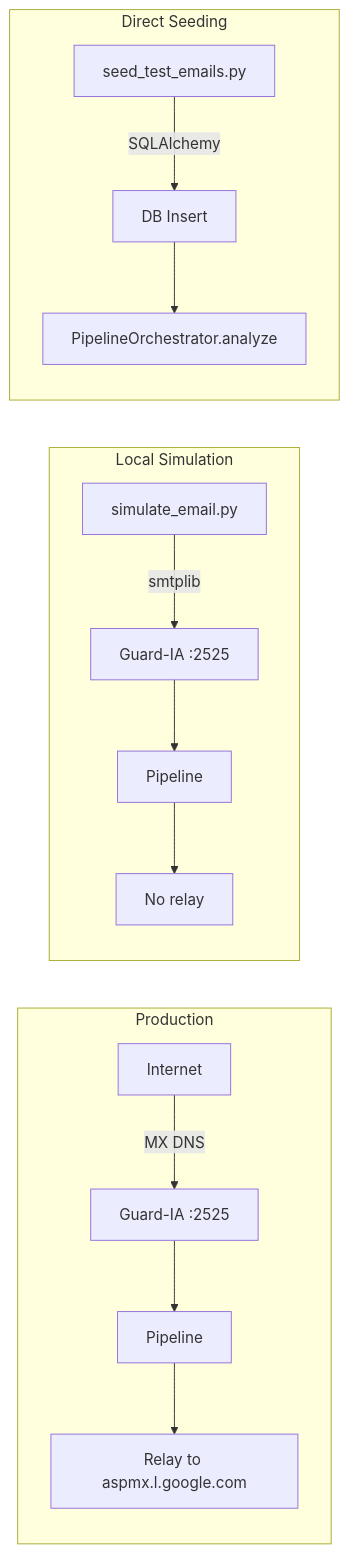
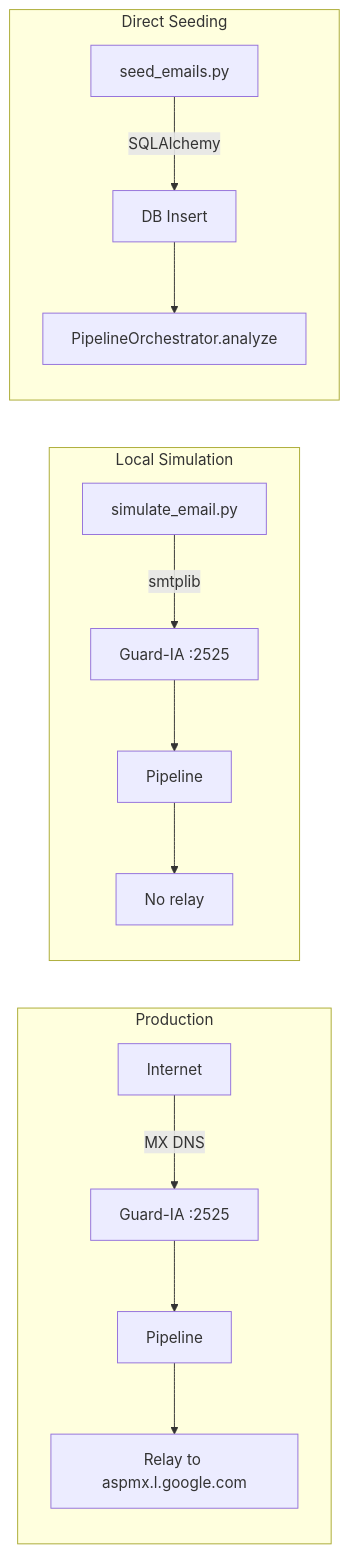
Before and after one commit to sogliano/guardia: the seventh of 7 diagrams in docs/ARCHITECTURE.md, drawn with Mermaid. The commit also changed other lines of this file and 96 other files, not shown here.

````diff
--- a/docs/ARCHITECTURE.md
+++ b/docs/ARCHITECTURE.md
@@ -747,19 +765,19 @@
 ```mermaid
 graph LR
     subgraph Production
         I1["Internet"] -->|MX DNS| GW1["Guard-IA :2525"]
         GW1 --> P1["Pipeline"]
         P1 --> R1["Relay to aspmx.l.google.com"]
     end
 
     subgraph Local["Local Simulation"]
         SIM["simulate_email.py"] -->|smtplib| GW2["Guard-IA :2525"]
         GW2 --> P2["Pipeline"]
         P2 --> X1["No relay"]
     end
 
     subgraph Seeding["Direct Seeding"]
-        SEED["seed_test_emails.py"] -->|SQLAlchemy| DB["DB Insert"]
+        SEED["seed_emails.py"] -->|SQLAlchemy| DB["DB Insert"]
         DB --> ORCH["PipelineOrchestrator.analyze"]
     end
 ```
````
